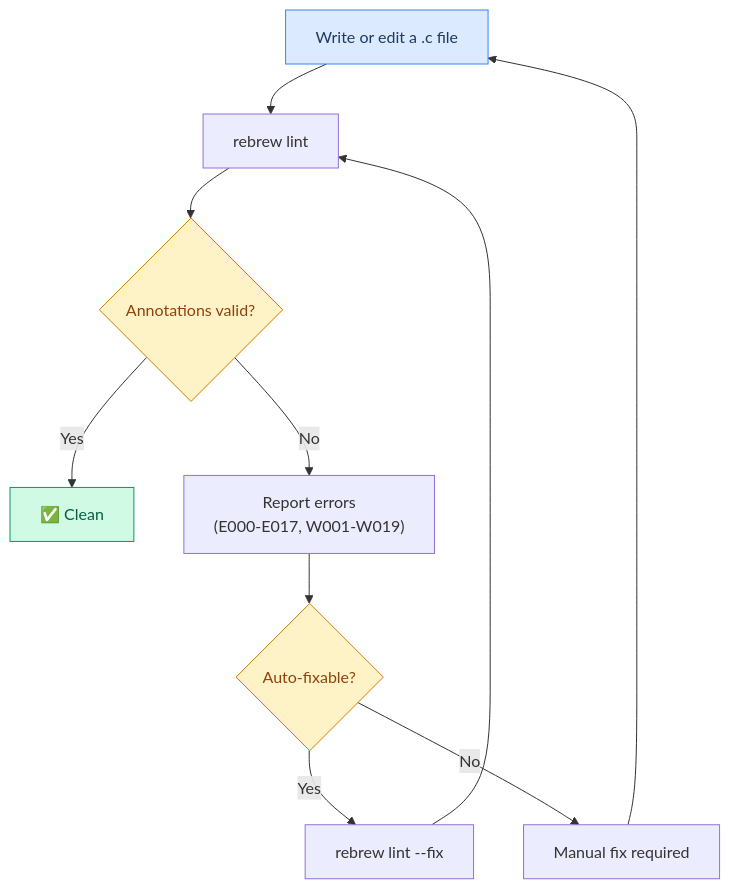
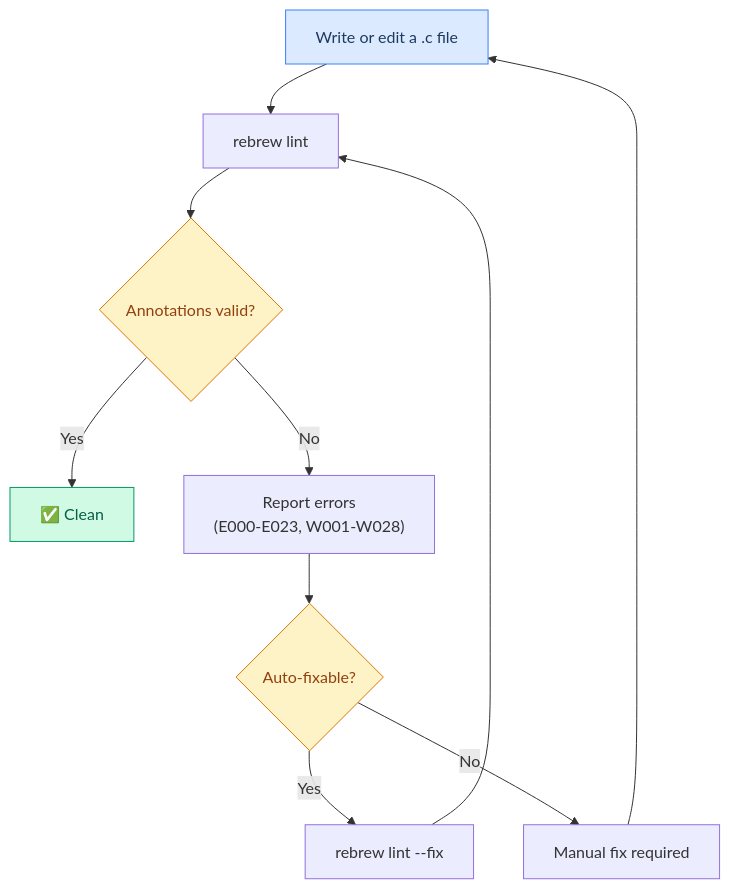
Diagram 12 of 16 in docs/USER_STORIES.md (maci0/rebrew), drawn with Mermaid before and after one commit. The commit also changed other lines of this file and 19 other files, not shown here.

````diff
--- a/docs/USER_STORIES.md
+++ b/docs/USER_STORIES.md
@@ -401,17 +402,17 @@
 ```mermaid
 graph TD
     A["Write or edit a .c file"] --> B["rebrew lint"]
     B --> C{"Annotations valid?"}
     C -->|Yes| D["✅ Clean"]
-    C -->|No| E["Report errors<br/>(E000-E017, W001-W019)"]
+    C -->|No| E["Report errors<br/>(E000-E023, W001-W028)"]
     E --> F{"Auto-fixable?"}
     F -->|Yes| G["rebrew lint --fix"]
     G --> B
     F -->|No| H["Manual fix required"]
     H --> A
 
     style A fill:#dbeafe,stroke:#3b82f6,color:#1e3a5f
     style D fill:#d1fae5,stroke:#059669,color:#065f46
     style C fill:#fef3c7,stroke:#d97706,color:#92400e
     style F fill:#fef3c7,stroke:#d97706,color:#92400e
 ```
````
